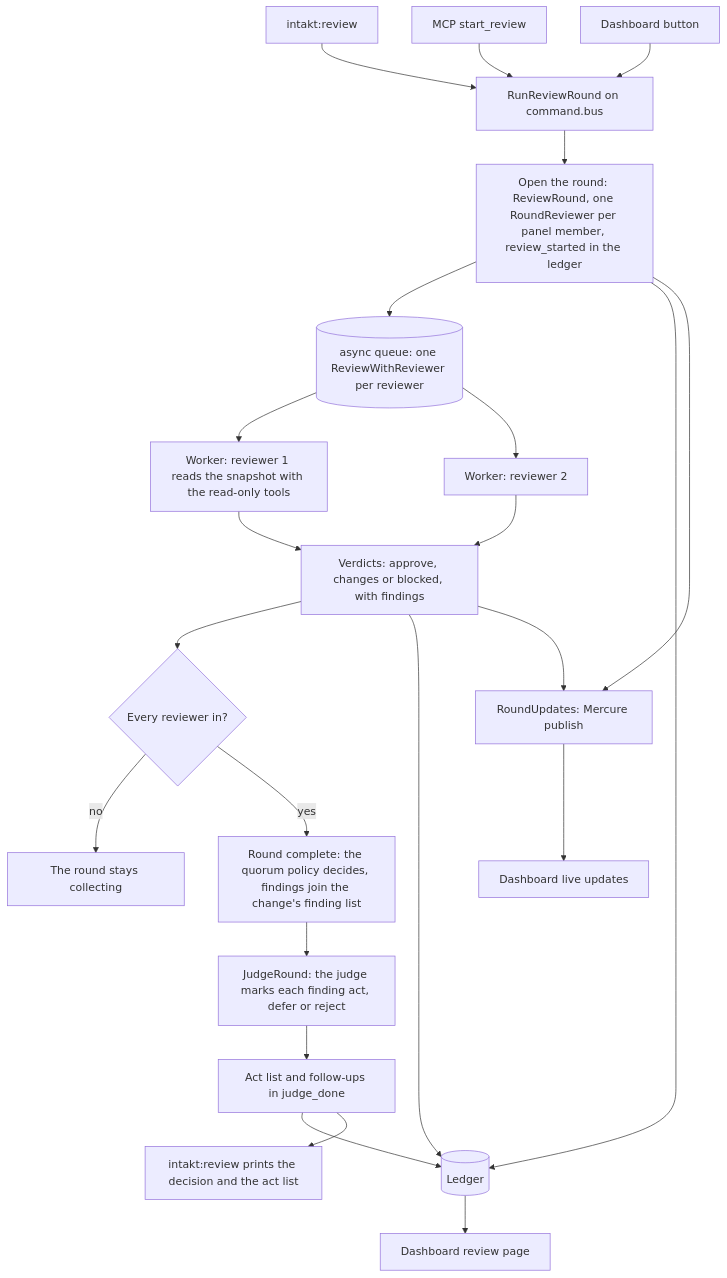
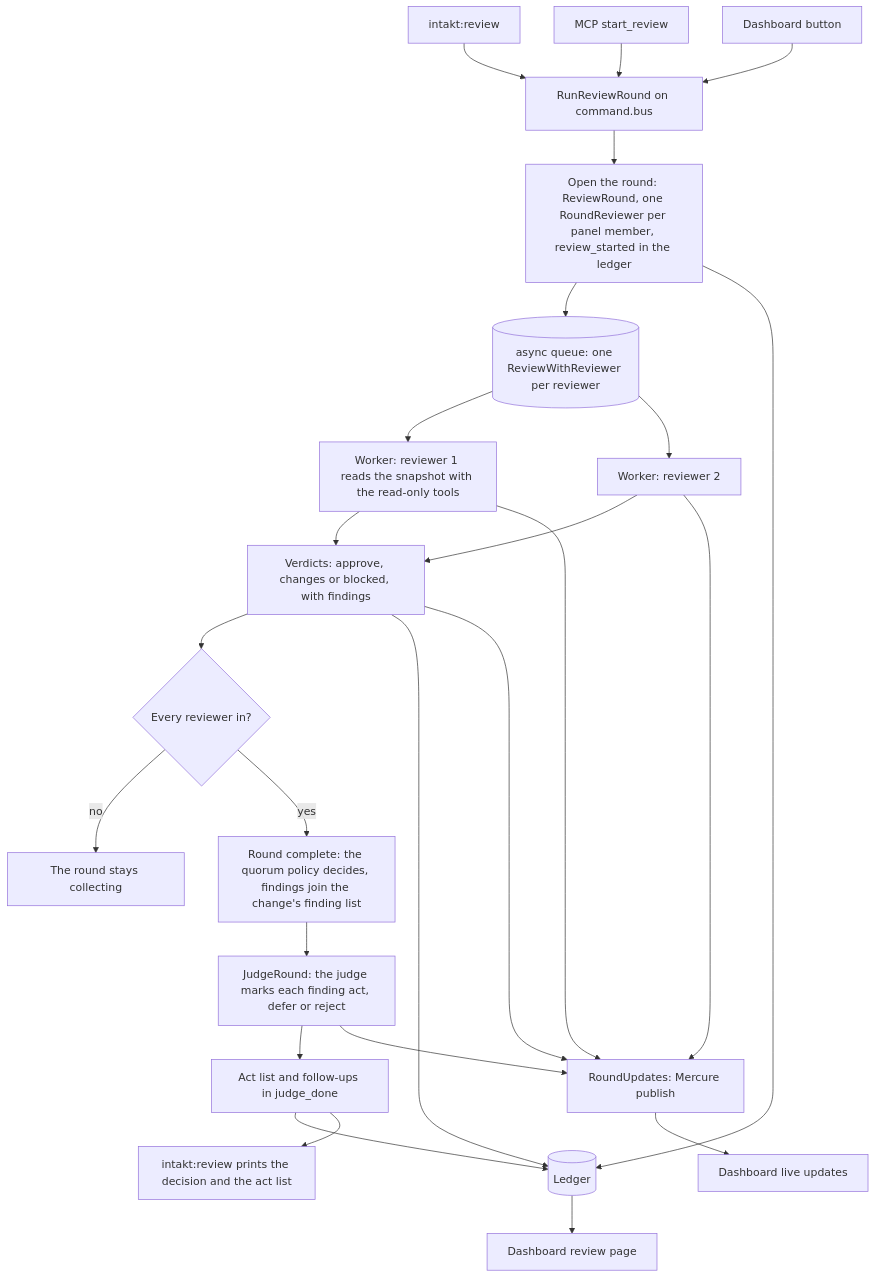
The diagram in docs/architecture/README.md (shinyredapples/intakt), drawn with Mermaid before and after one commit. The commit also changed other lines of this file and 2 other files, not shown here.

Commit message:
docs: say the Scheduler runs the watcher tick, drop the panel size limit, fix the live-update arrows

````diff
--- a/docs/architecture/README.md
+++ b/docs/architecture/README.md
@@ -388,25 +388,27 @@
 ```mermaid
 flowchart TD
     cli["intakt:review"] --> start
     mcp["MCP start_review"] --> start
     btn["Dashboard button"] --> start
     start["RunReviewRound on command.bus"] --> open["Open the round: ReviewRound, one RoundReviewer per panel member, review_started in the ledger"]
     open --> queue[("async queue: one ReviewWithReviewer per reviewer")]
     queue --> w1["Worker: reviewer 1 reads the snapshot with the read-only tools"]
     queue --> w2["Worker: reviewer 2"]
     w1 --> verdicts["Verdicts: approve, changes or blocked, with findings"]
     w2 --> verdicts
     verdicts --> complete{"Every reviewer in?"}
     complete -->|no| wait["The round stays collecting"]
     complete -->|yes| quorum["Round complete: the quorum policy decides, findings join the change's finding list"]
     quorum --> judge["JudgeRound: the judge marks each finding act, defer or reject"]
     judge --> act["Act list and follow-ups in judge_done"]
     act --> ledger[("Ledger")]
     open --> ledger
     verdicts --> ledger
     ledger --> dash["Dashboard review page"]
-    open --> updates["RoundUpdates: Mercure publish"]
+    w1 --> updates["RoundUpdates: Mercure publish"]
+    w2 --> updates
     verdicts --> updates
+    judge --> updates
     updates --> live["Dashboard live updates"]
     act --> out["intakt:review prints the decision and the act list"]
 ```
````
